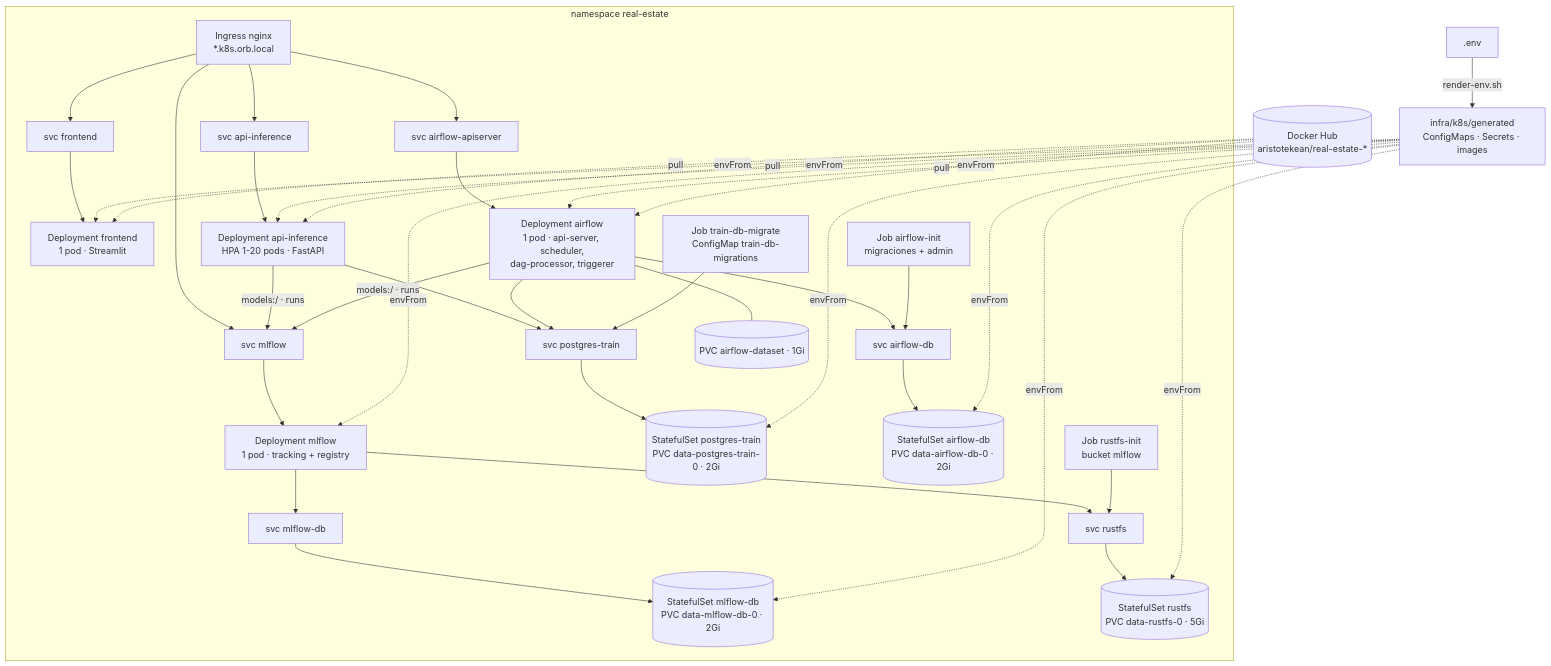
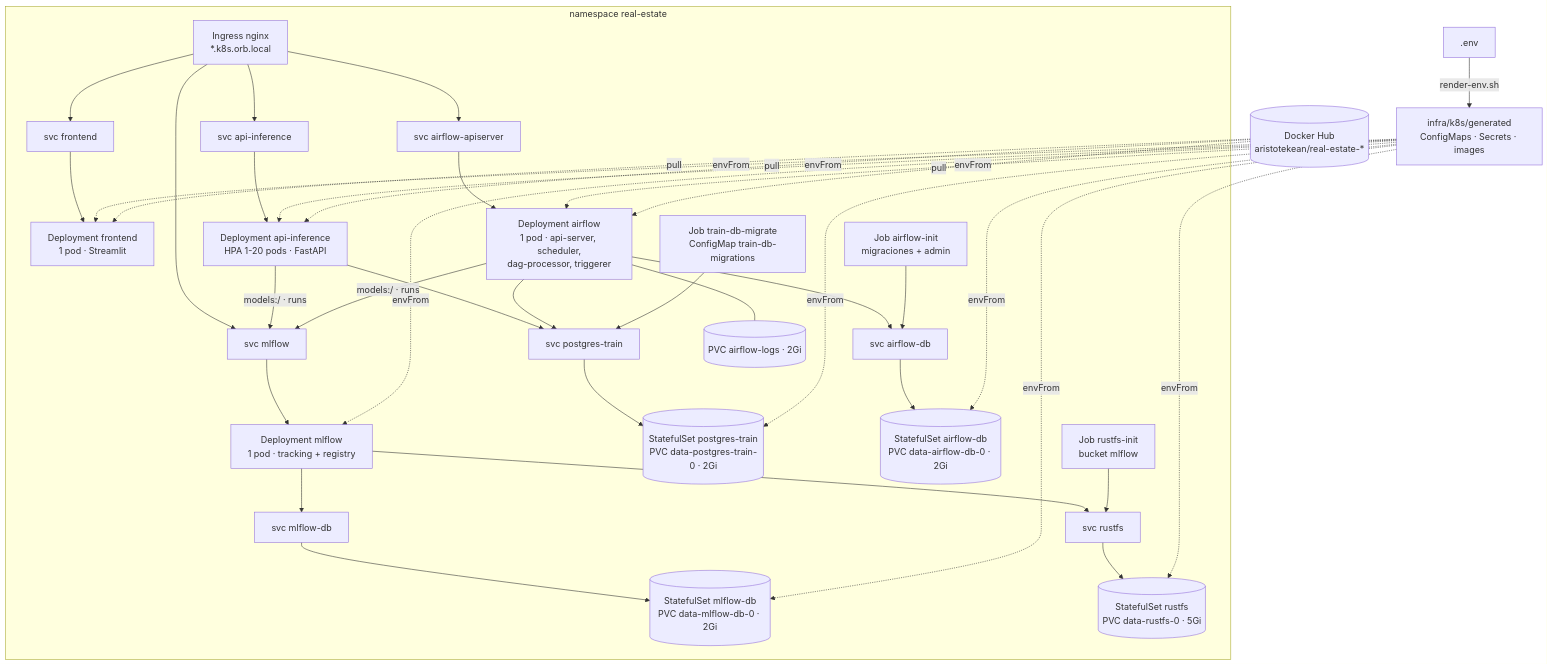
One commit to aristotekean/mlops-real-state-pricing changed the second of 2 diagrams in README.md. Above: the diagram before and after it, drawn with Mermaid. The commit also changed other lines of this file and 45 other files, not shown here.

````diff
--- a/README.md
+++ b/README.md
@@ -91,27 +91,27 @@
 ```mermaid
 flowchart TB
     env[".env"] -->|render-env.sh| gen["infra/k8s/generated<br/>ConfigMaps · Secrets · images"]
 
     subgraph ns["namespace real-estate"]
         ing["Ingress nginx<br/>*.k8s.orb.local"]
         ing --> svcfe["svc frontend"] --> fe["Deployment frontend<br/>1 pod · Streamlit"]
         ing --> svcapi["svc api-inference"] --> api["Deployment api-inference<br/>HPA 1-20 pods · FastAPI"]
         ing --> svcml["svc mlflow"] --> ml["Deployment mlflow<br/>1 pod · tracking + registry"]
         ing --> svcaf["svc airflow-apiserver"] --> af["Deployment airflow<br/>1 pod · api-server, scheduler,<br/>dag-processor, triggerer"]
 
         api --> svcpt["svc postgres-train"] --> pt[("StatefulSet postgres-train<br/>PVC data-postgres-train-0 · 2Gi")]
         af --> svcpt
         af --> svcafdb["svc airflow-db"] --> afdb[("StatefulSet airflow-db<br/>PVC data-airflow-db-0 · 2Gi")]
         ml --> svcmldb["svc mlflow-db"] --> mldb[("StatefulSet mlflow-db<br/>PVC data-mlflow-db-0 · 2Gi")]
         ml --> svcrustfs["svc rustfs"] --> rustfs[("StatefulSet rustfs<br/>PVC data-rustfs-0 · 5Gi")]
         api & af -->|"models:/ · runs"| svcml
-        af --- pvcaf[("PVC airflow-dataset · 1Gi")]
+        af --- pvcaf[("PVC airflow-logs · 2Gi")]
 
         jmig["Job train-db-migrate<br/>ConfigMap train-db-migrations"] --> svcpt
         jrustfs["Job rustfs-init<br/>bucket mlflow"] --> svcrustfs
         jaf["Job airflow-init<br/>migraciones + admin"] --> svcafdb
     end
 
     gen -.->|envFrom| fe & api & ml & af & pt & afdb & mldb & rustfs
     hub[("Docker Hub<br/>aristotekean/real-estate-*")] -.->|pull| fe & api & af
 ```
````
